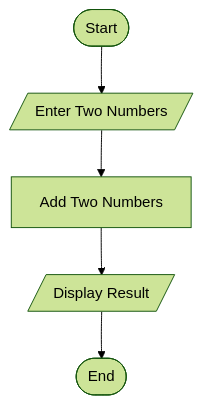
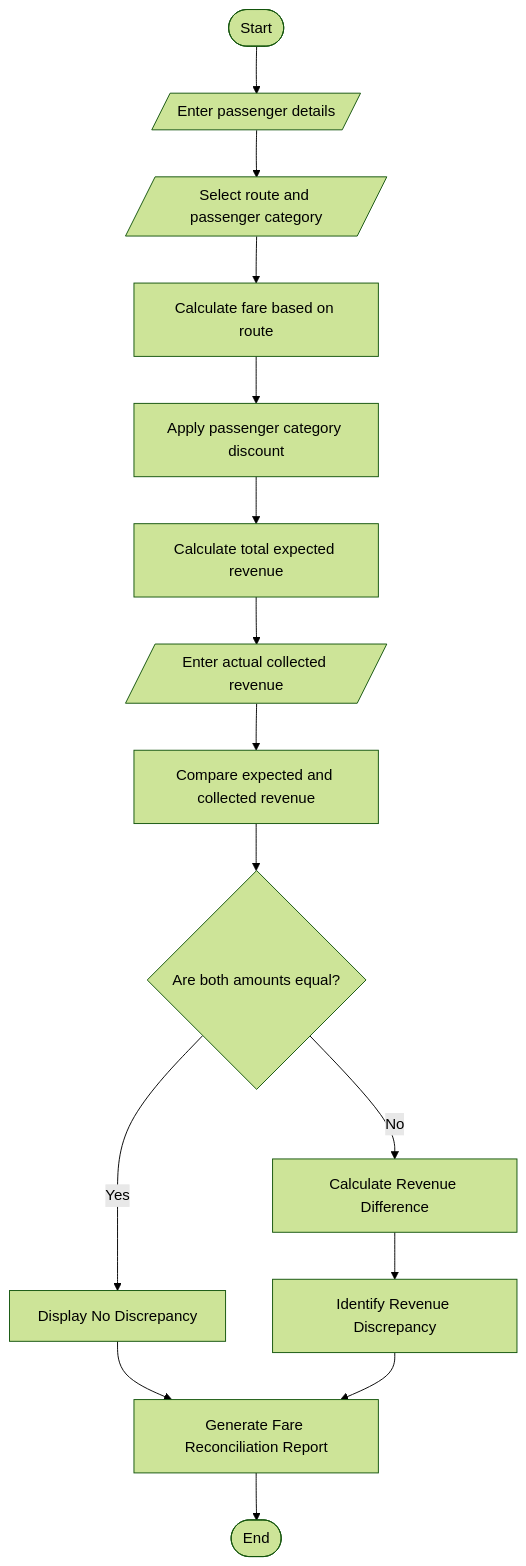
The diagram in task10/code.md (gullapalliyaminipriya-crypto/injamharshini), drawn with Mermaid (forest theme) before and after one commit. The commit also changed other lines of this file, not shown here.

````diff
--- a/task10/code.md
+++ b/task10/code.md
@@ -32,7 +31,17 @@
 ```mermaid
 flowchart TD
-    A([Start]) --> B[/Enter Two Numbers/]
-    B --> C[Add Two Numbers]
-    C --> D[/Display Result/]
-    D --> E([End])
+    A([Start]) --> B[/Enter passenger details/]
+    B --> C[/Select route and passenger category/]
+    C --> D[Calculate fare based on route]
+    D --> E[Apply passenger category discount]
+    E --> F[Calculate total expected revenue]
+    F --> G[/Enter actual collected revenue/]
+    G --> H[Compare expected and collected revenue]
+    H --> I{Are both amounts equal?}
+    I -->|Yes| J[Display No Discrepancy]
+    I -->|No| K[Calculate Revenue Difference]
+    K --> L[Identify Revenue Discrepancy]
+    J --> M[Generate Fare Reconciliation Report]
+    L --> M
+    M --> N([End])
 ```
````
